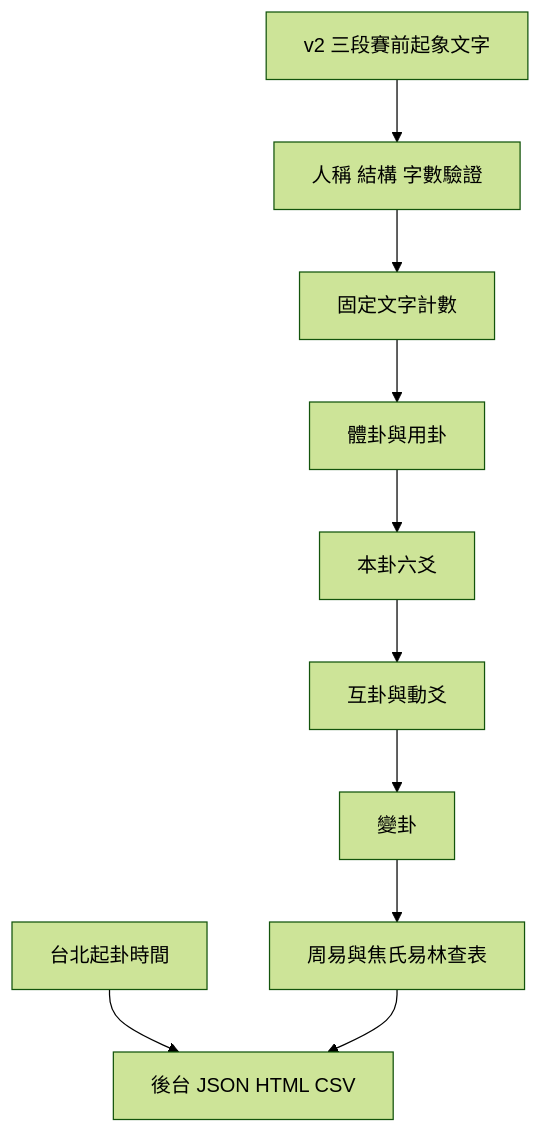
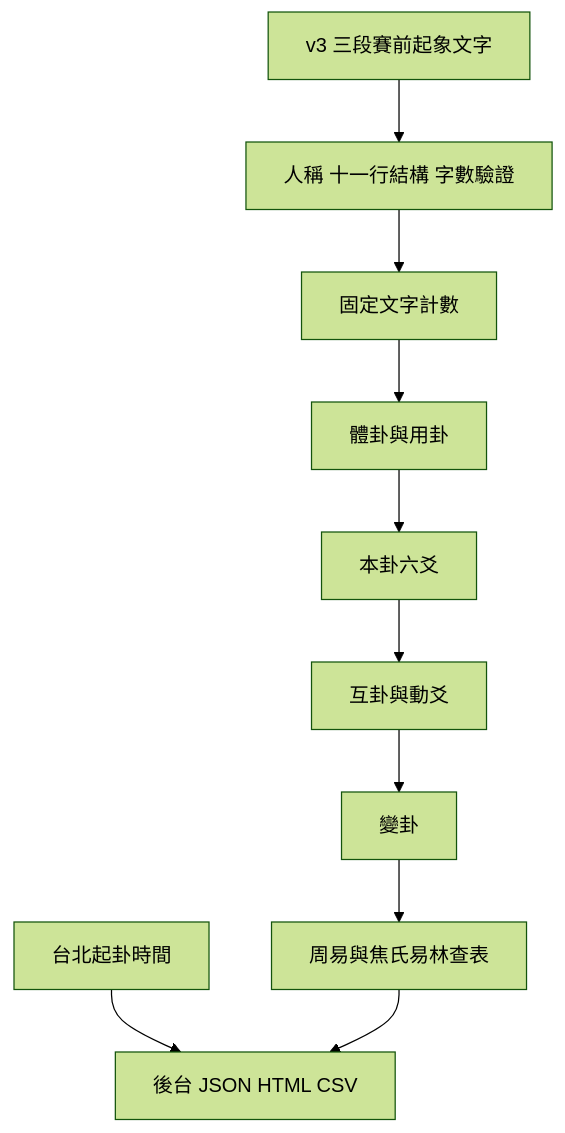
One commit to wujoshnjr/meihua-football-streamlit changed the diagram in docs/ARCHITECTURE.md. Above: the diagram before and after it, drawn with Mermaid (forest theme). The commit also changed other lines of this file and 12 other files, not shown here.

````diff
--- a/docs/ARCHITECTURE.md
+++ b/docs/ARCHITECTURE.md
@@ -31,12 +31,12 @@
 ```mermaid
 flowchart TD
-    A[v2 三段賽前起象文字] --> P[人稱 結構 字數驗證]
+    A[v3 三段賽前起象文字] --> P[人稱 十一行結構 字數驗證]
     P --> B[固定文字計數]
     T[台北起卦時間] --> H[後台 JSON HTML CSV]
     B --> C[體卦與用卦]
     C --> D[本卦六爻]
     D --> E[互卦與動爻]
     E --> F[變卦]
     F --> G[周易與焦氏易林查表]
     G --> H[後台 JSON HTML CSV]
 ```
````
